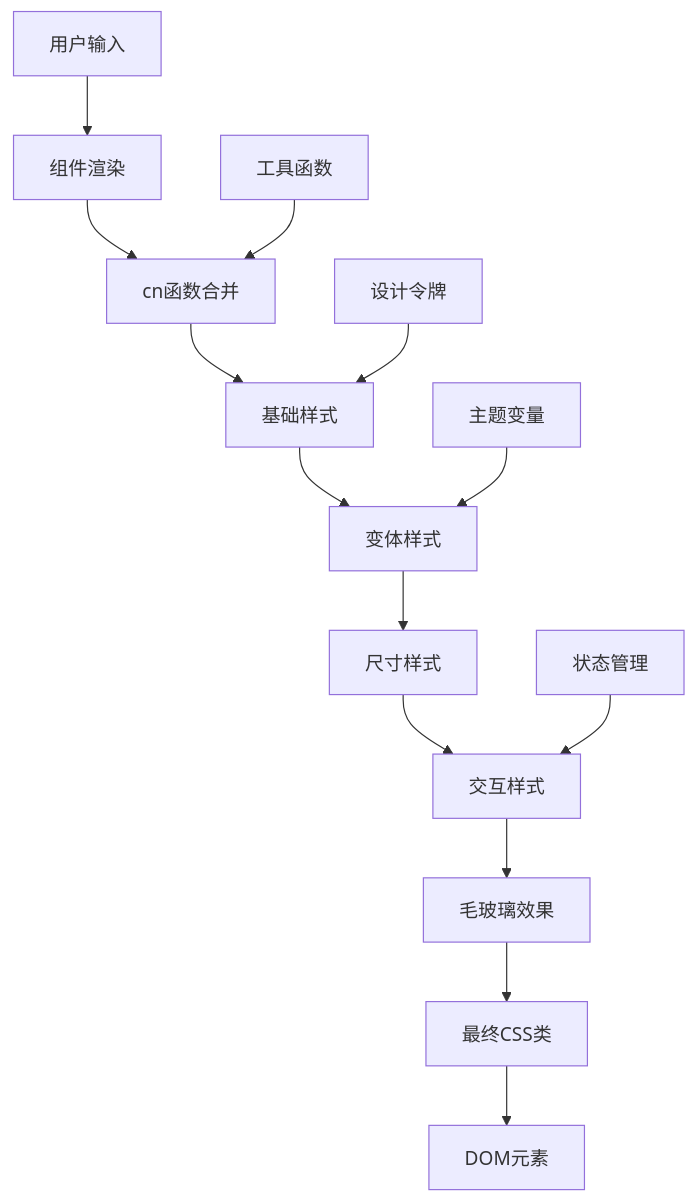
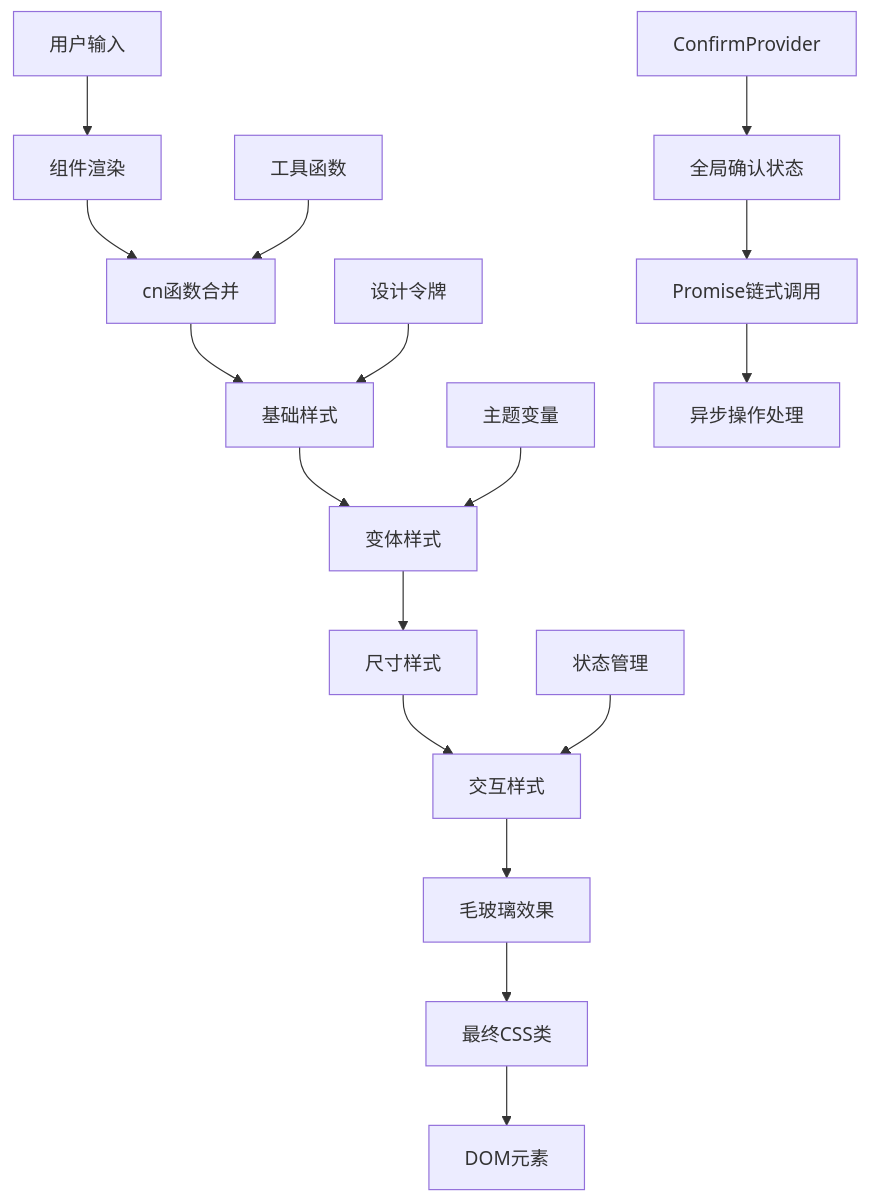
Before and after one commit to RadiumAg/AIGate: the third of 9 diagrams in .qoder/repowiki/zh/content/前端组件/Apple Liquid Glass UI组件系统.md, drawn with Mermaid. The commit also changed other lines of this file and 2 other files, not shown here.

````diff
--- a/.qoder/repowiki/zh/content/前端组件/Apple Liquid Glass UI组件系统.md
+++ b/.qoder/repowiki/zh/content/前端组件/Apple Liquid Glass UI组件系统.md
@@ -167,16 +214,19 @@
 ```mermaid
 flowchart TD
 A[用户输入] --> B[组件渲染]
 B --> C[cn函数合并]
 C --> D[基础样式]
 D --> E[变体样式]
 E --> F[尺寸样式]
 F --> G[交互样式]
 G --> H[毛玻璃效果]
 H --> I[最终CSS类]
 I --> J[DOM元素]
 K[工具函数] --> C
 L[设计令牌] --> D
 M[主题变量] --> E
 N[状态管理] --> G
+O[ConfirmProvider] --> P[全局确认状态]
+P --> Q[Promise链式调用]
+Q --> R[异步操作处理]
 ```
````
